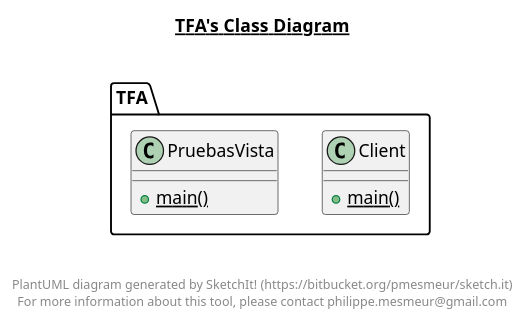
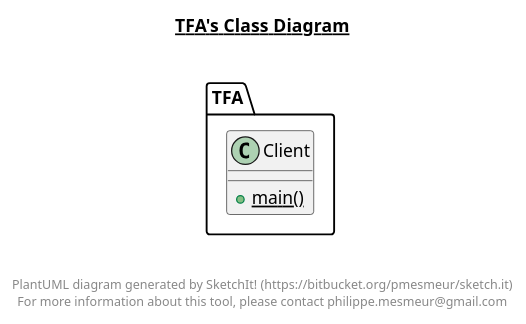
The diagram in src/TFA/TFA.plantuml (Diegodmbot/ULL-DAP-TrabajoFinalNBA), drawn with PlantUML before and after one commit. The commit also changed 12 other files, not shown here.

```diff
--- a/src/TFA/TFA.plantuml
+++ b/src/TFA/TFA.plantuml
@@ -1,28 +1,21 @@
 @startuml
 
 title __TFA's Class Diagram__\n
 
   namespace TFA {
     class TFA.Client {
-        {static} + main()
-    }
-  }
-  
-
-  namespace TFA {
-    class TFA.PruebasVista {
         {static} + main()
     }
   }
   
 
 
 
 right footer
 
 
 PlantUML diagram generated by SketchIt! (https://bitbucket.org/pmesmeur/sketch.it)
 For more information about this tool, please contact philippe.mesmeur@gmail.com
 endfooter
 
 @enduml
```
